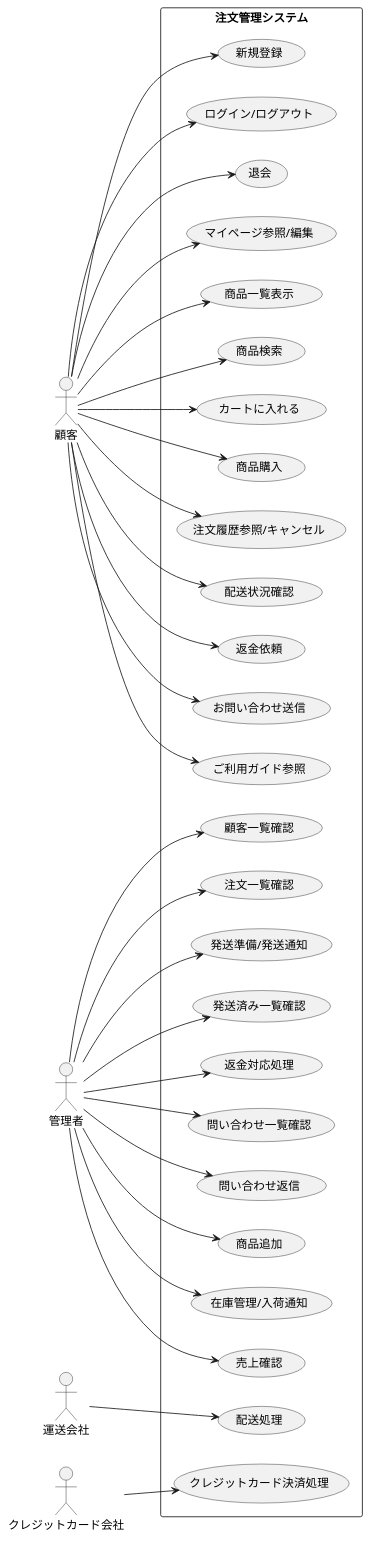
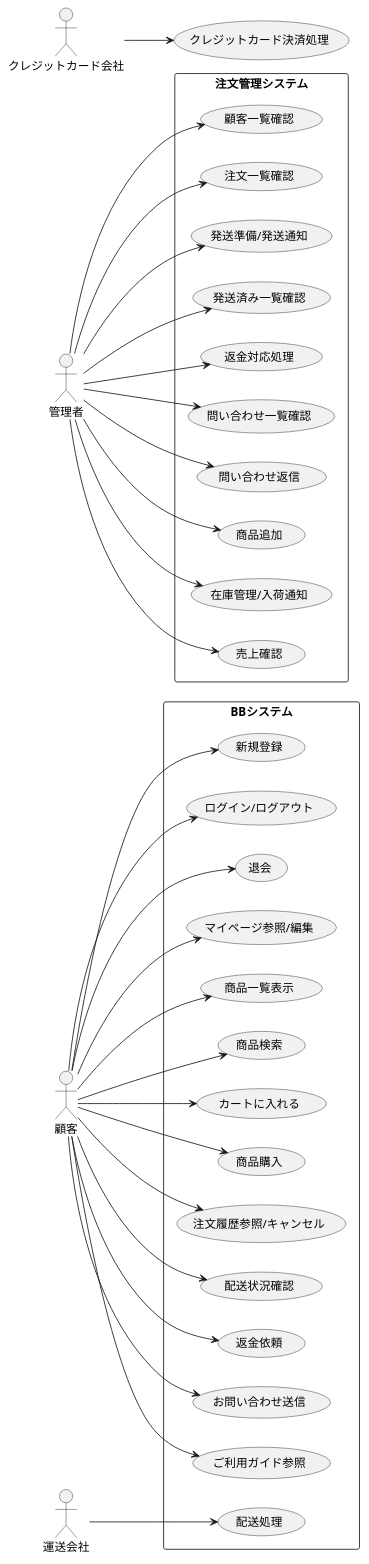
One commit to kTaiga1016/kouka changed the diagram in usecase.pu. Above: the diagram before and after it, drawn with PlantUML. The commit also changed 1 other file, not shown here.

```diff
--- a/usecase.pu
+++ b/usecase.pu
@@ -1,73 +1,75 @@
 @startuml  
 left to right direction
 
 actor Customer as "顧客"
 actor Admin as "管理者"
 actor Carrier as "運送会社"
 actor CreditCompany as "クレジットカード会社"
 
-rectangle "注文管理システム" {
+rectangle "BBシステム" {
   (新規登録) as UC1
   (ログイン/ログアウト) as UC2
   (退会) as UC3
   (マイページ参照/編集) as UC4
   (商品一覧表示) as UC5
   (商品検索) as UC6
   (カートに入れる) as UC7
   (商品購入) as UC8
   (注文履歴参照/キャンセル) as UC9
   (配送状況確認) as UC10
   (返金依頼) as UC12
   
   (お問い合わせ送信) as UC11
   (ご利用ガイド参照) as UC13
 
+  (配送処理) as UC24
+}
+rectangle "注文管理システム" {
   (顧客一覧確認) as UC14
   (注文一覧確認) as UC15
   (発送準備/発送通知) as UC16
   (発送済み一覧確認) as UC17
   (返金対応処理) as UC18
   
   (問い合わせ一覧確認) as UC19
   (問い合わせ返信) as UC20
   
   (商品追加) as UC21
   (在庫管理/入荷通知) as UC22
   (売上確認) as UC23
+}
 
-  (配送処理) as UC24
-  (クレジットカード決済処理) as UC25
-}
+(クレジットカード決済処理) as UC25
 
 
 Customer --> UC1
 Customer --> UC2
 Customer --> UC3
 Customer --> UC4
 Customer --> UC5
 Customer --> UC6
 Customer --> UC7
 Customer --> UC8
 Customer --> UC9
 Customer --> UC10
 Customer --> UC12
 Customer --> UC11
 Customer --> UC13
 
 
 Admin --> UC14
 Admin --> UC15
 Admin --> UC16
 Admin --> UC17
 Admin --> UC18
 Admin --> UC19
 Admin --> UC20
 Admin --> UC21
 Admin --> UC22
 Admin --> UC23
 
 
 Carrier --> UC24
 CreditCompany --> UC25
 
 @enduml
```
